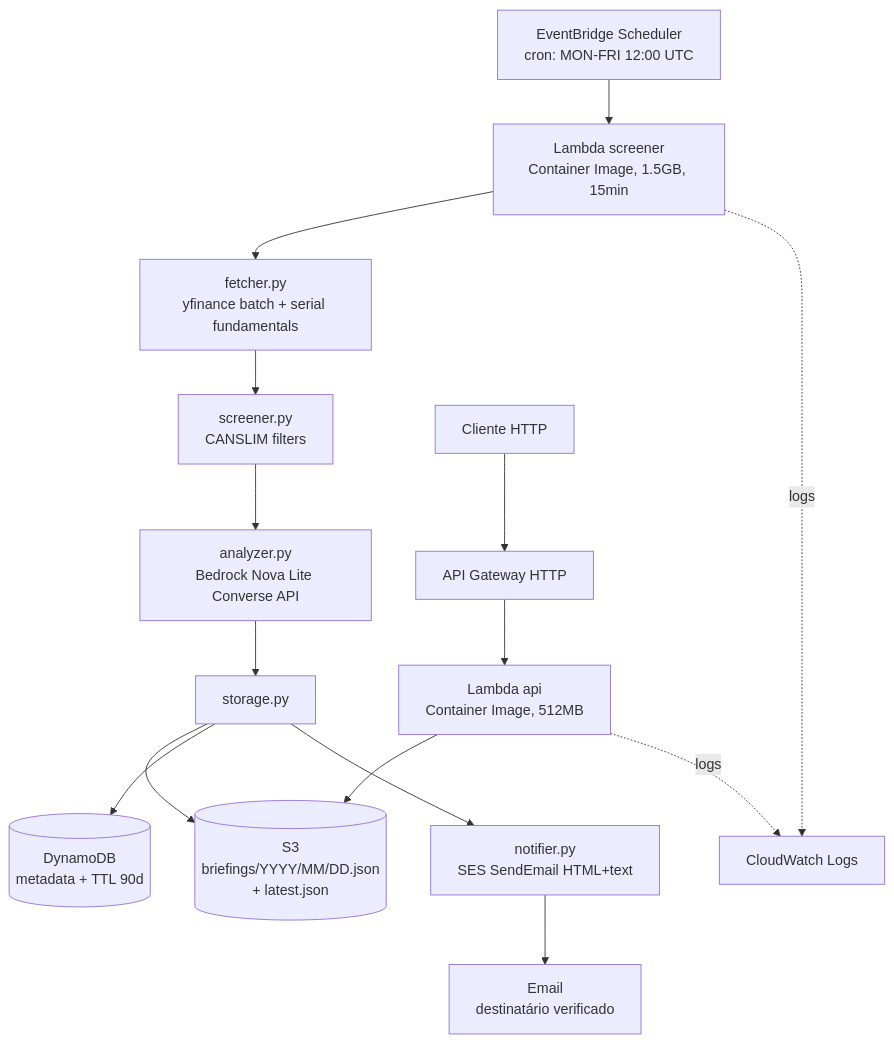
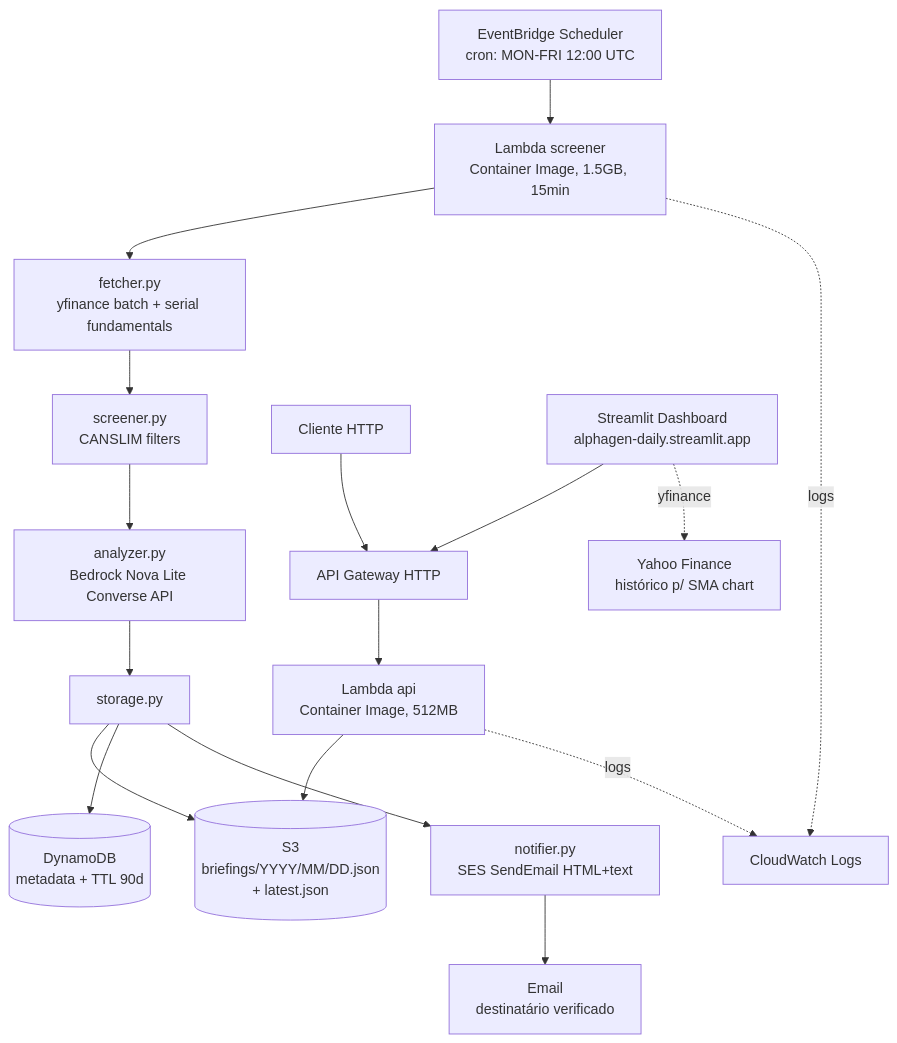
Before and after one commit to Ant4rez/Alphagen-Daily: the diagram in CONTEXT.md, drawn with Mermaid. The commit also changed other lines of this file and 2 other files, not shown here.

````diff
--- a/CONTEXT.md
+++ b/CONTEXT.md
@@ -108,19 +114,22 @@
 ```mermaid
 flowchart TD
     Cron[EventBridge Scheduler<br/>cron: MON-FRI 12:00 UTC] --> Screener
     Screener[Lambda screener<br/>Container Image, 1.5GB, 15min] --> Fetch
     Fetch[fetcher.py<br/>yfinance batch + serial fundamentals] --> Filter
     Filter[screener.py<br/>CANSLIM filters] --> Analyze
     Analyze[analyzer.py<br/>Bedrock Nova Lite Converse API] --> Persist
     Persist[storage.py] --> S3[(S3<br/>briefings/YYYY/MM/DD.json<br/>+ latest.json)]
     Persist --> DDB[(DynamoDB<br/>metadata + TTL 90d)]
     Persist --> Notify[notifier.py<br/>SES SendEmail HTML+text]
     Notify --> Inbox[Email<br/>destinatário verificado]
 
     Client[Cliente HTTP] --> ApiGW[API Gateway HTTP]
+    Dashboard[Streamlit Dashboard<br/>alphagen-daily.streamlit.app] --> ApiGW
     ApiGW --> Api[Lambda api<br/>Container Image, 512MB]
     Api --> S3
+
+    Dashboard -.yfinance.-> YFin[Yahoo Finance<br/>histórico p/ SMA chart]
 
     Screener -.logs.-> CW[CloudWatch Logs]
     Api -.logs.-> CW
 ```
````
